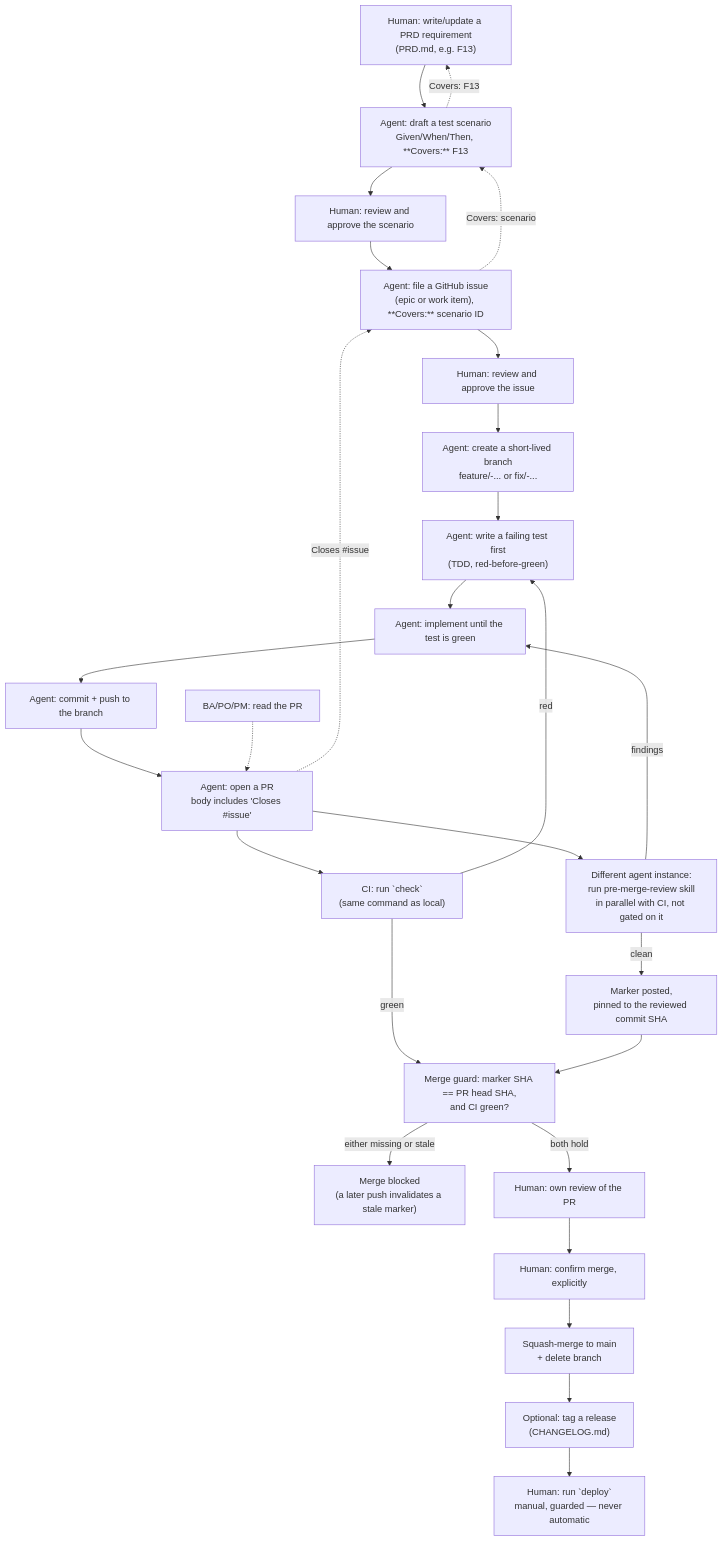
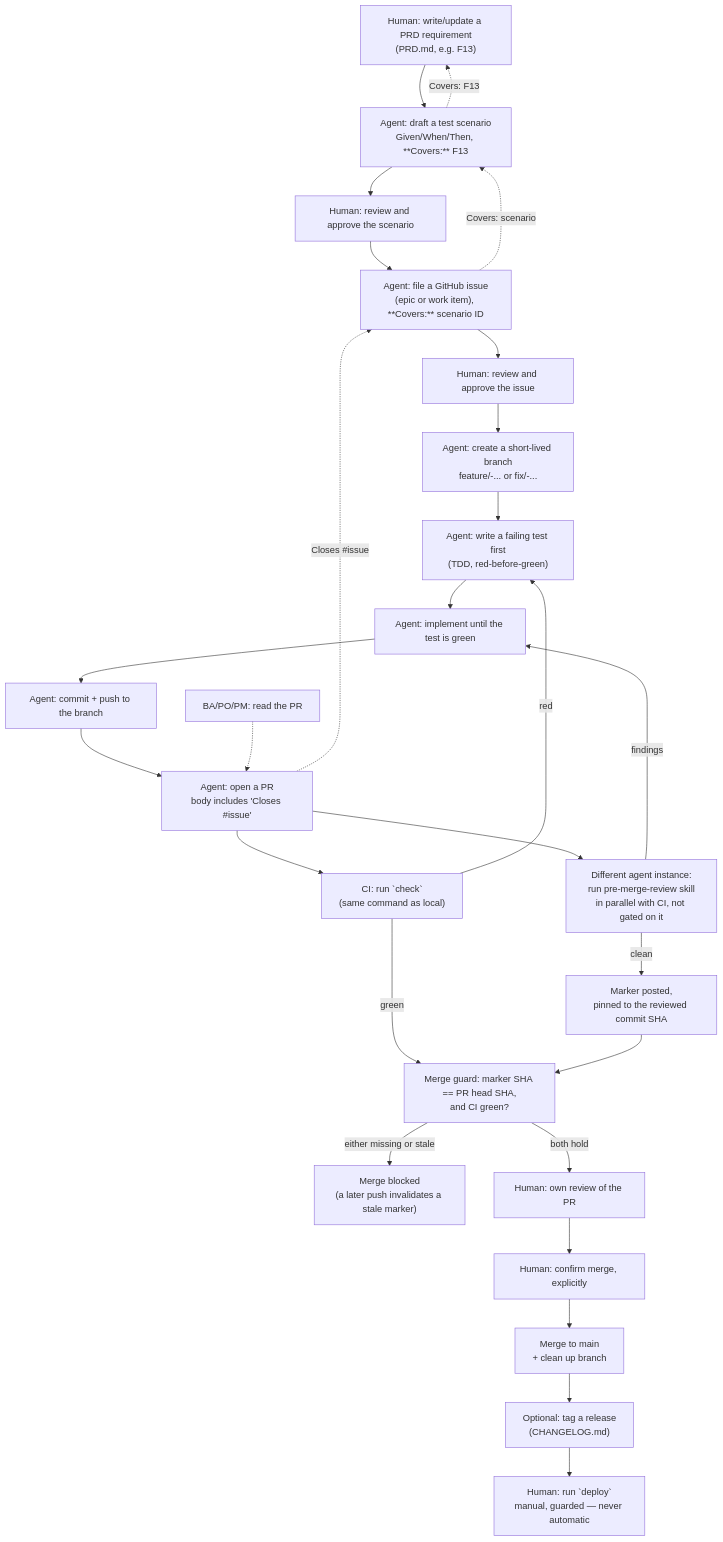
The diagram in README.md (TiesL/spec-driven-guardrails), drawn with Mermaid before and after one commit. The commit also changed other lines of this file and 1 other file, not shown here.

````diff
--- a/README.md
+++ b/README.md
@@ -35,30 +36,30 @@
 ```mermaid
 flowchart TD
     A["Human: write/update a PRD requirement\n(PRD.md, e.g. F13)"] --> B["Agent: draft a test scenario\nGiven/When/Then, **Covers:** F13"]
     B --> B2["Human: review and approve the scenario"]
     B2 --> C["Agent: file a GitHub issue\n(epic or work item), **Covers:** scenario ID"]
     C --> C2["Human: review and approve the issue"]
     C2 --> D["Agent: create a short-lived branch\nfeature/<issue#>-... or fix/<issue#>-..."]
     D --> E["Agent: write a failing test first\n(TDD, red-before-green)"]
     E --> F["Agent: implement until the test is green"]
     F --> G["Agent: commit + push to the branch"]
     G --> H["Agent: open a PR\nbody includes 'Closes #issue'"]
     H --> I["CI: run `check`\n(same command as local)"]
     H --> J["Different agent instance:\nrun pre-merge-review skill\nin parallel with CI, not gated on it"]
     I -->|red| E
     J -->|findings| F
     J -->|clean| J2["Marker posted,\npinned to the reviewed commit SHA"]
     I -->|green| M
     J2 --> M["Merge guard: marker SHA == PR head SHA,\nand CI green?"]
     M -->|either missing or stale| N["Merge blocked\n(a later push invalidates a stale marker)"]
     M -->|both hold| K["Human: own review of the PR"]
     K --> L["Human: confirm merge, explicitly"]
-    L --> O["Squash-merge to main\n+ delete branch"]
+    L --> O["Merge to main\n+ clean up branch"]
     O --> P["Optional: tag a release\n(CHANGELOG.md)"]
     P --> Q["Human: run `deploy`\nmanual, guarded — never automatic"]
 
     H -.->|"Closes #issue"| C
     C -.->|"Covers: scenario"| B
     B -.->|"Covers: F13"| A
     S["BA/PO/PM: read the PR"] -.-> H
 ```
````
